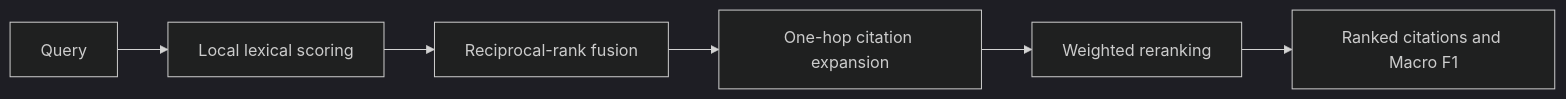
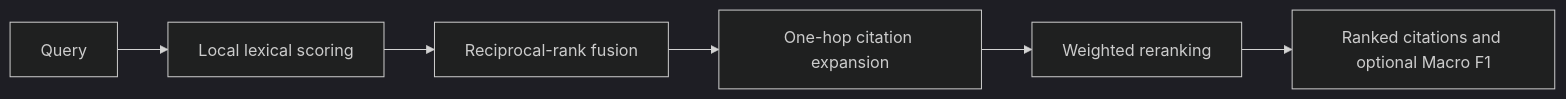
The second of 2 diagrams in README.md (sarthak11jain/Agentic-Legal-Information-Retrieval-System-), drawn with Mermaid (dark theme) before and after one commit. The commit also changed other lines of this file and 4 other files, not shown here.

````diff
--- a/README.md
+++ b/README.md
@@ -59,8 +153,8 @@
 ```mermaid
 flowchart LR
     Q[Query] --> L[Local lexical scoring]
     L --> R[Reciprocal-rank fusion]
     R --> G[One-hop citation expansion]
     G --> W[Weighted reranking]
-    W --> O[Ranked citations and Macro F1]
+    W --> O[Ranked citations and optional Macro F1]
 ```
````
